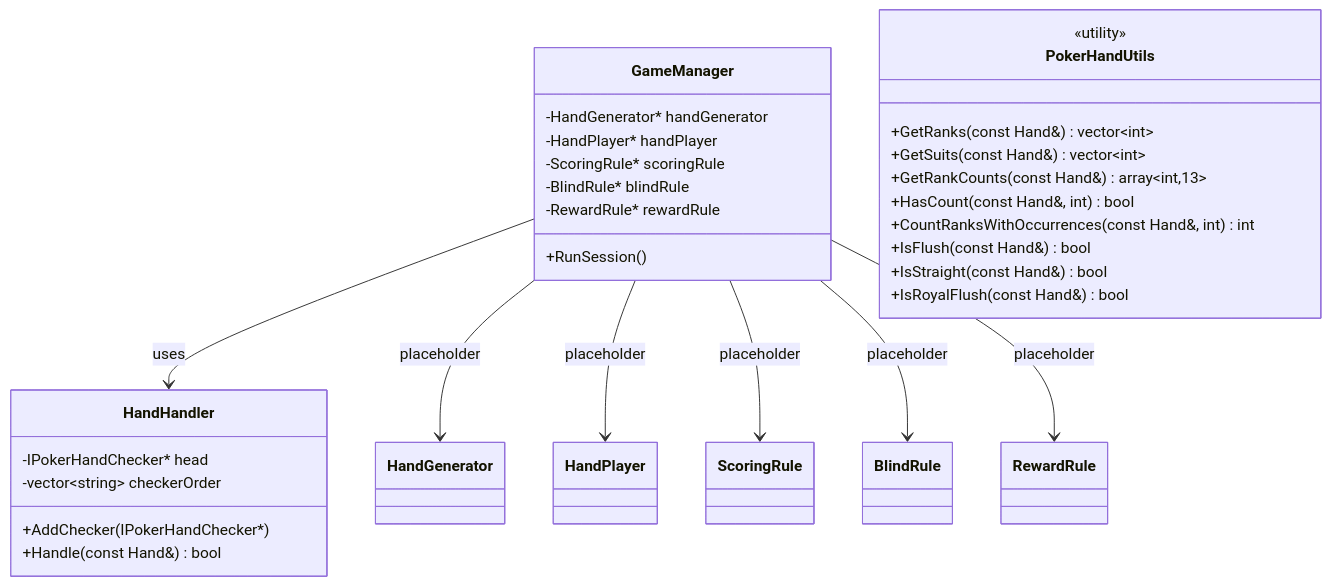
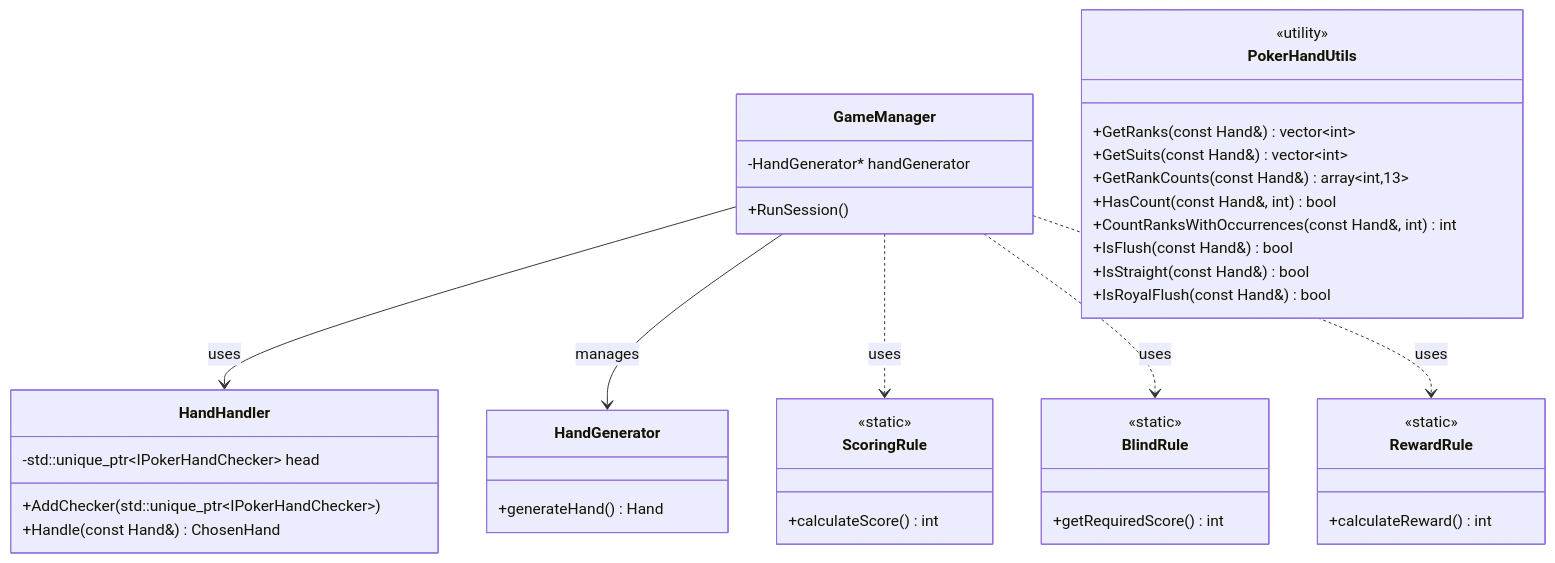
One commit to Amrhea/Kel.DesignPattern changed the second of 2 diagrams in docs/design-pattern-analysis.md. Above: the diagram before and after it, drawn with Mermaid. The commit also changed other lines of this file and 2 other files, not shown here.

First line of the commit message:
refactor: migrate checker chain to std::unique_ptr (PR #10)

````diff
--- a/docs/design-pattern-analysis.md
+++ b/docs/design-pattern-analysis.md
@@ -73,43 +116,47 @@
 ```mermaid
 classDiagram
     class GameManager {
         -HandGenerator* handGenerator
-        -HandPlayer* handPlayer
-        -ScoringRule* scoringRule
-        -BlindRule* blindRule
-        -RewardRule* rewardRule
         +RunSession()
     }
 
     class HandHandler {
-        -IPokerHandChecker* head
-        -vector~string~ checkerOrder
-        +AddChecker(IPokerHandChecker*)
-        +Handle(const Hand&) bool
+        -std::unique_ptr~IPokerHandChecker~ head
+        +AddChecker(std::unique_ptr~IPokerHandChecker~)
+        +Handle(const Hand&) ChosenHand
     }
 
     class PokerHandUtils {
         <<utility>>
         +GetRanks(const Hand&) vector~int~
         +GetSuits(const Hand&) vector~int~
         +GetRankCounts(const Hand&) array~int,13~
         +HasCount(const Hand&, int) bool
         +CountRanksWithOccurrences(const Hand&, int) int
         +IsFlush(const Hand&) bool
         +IsStraight(const Hand&) bool
         +IsRoyalFlush(const Hand&) bool
     }
 
-    class HandGenerator
-    class HandPlayer
-    class ScoringRule
-    class BlindRule
-    class RewardRule
+    class HandGenerator {
+        +generateHand() Hand
+    }
+    class ScoringRule {
+        <<static>>
+        +calculateScore() int
+    }
+    class BlindRule {
+        <<static>>
+        +getRequiredScore() int
+    }
+    class RewardRule {
+        <<static>>
+        +calculateReward() int
+    }
 
     GameManager --> HandHandler : uses
-    GameManager --> HandGenerator : placeholder
-    GameManager --> HandPlayer : placeholder
-    GameManager --> ScoringRule : placeholder
-    GameManager --> BlindRule : placeholder
-    GameManager --> RewardRule : placeholder
+    GameManager --> HandGenerator : manages
+    GameManager ..> ScoringRule : uses
+    GameManager ..> BlindRule : uses
+    GameManager ..> RewardRule : uses
 ```
````
